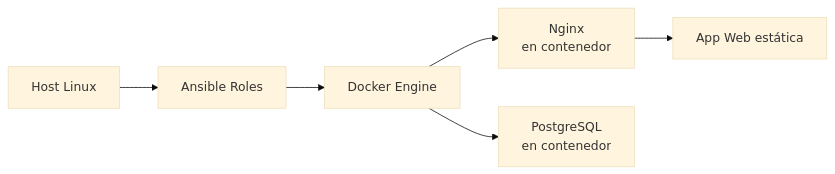
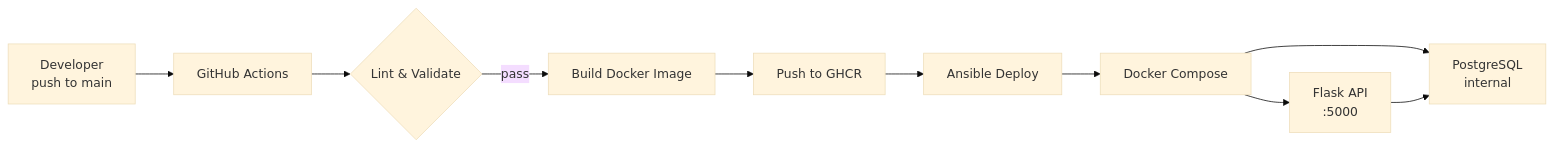
One commit to fraylope/DevOps-Lab changed the diagram in README.md. Above: the diagram before and after it, drawn with Mermaid (base theme). The commit also changed other lines of this file, not shown here.

First line of the commit message:
docs: rewrite README with updated architecture

````diff
--- a/README.md
+++ b/README.md
@@ -17,8 +22,12 @@
 ```mermaid
 flowchart LR
-    A[Host Linux] --> B[Ansible Roles]
-    B --> C[Docker Engine]
-    C --> D[Nginx\nen contenedor]
-    C --> E[PostgreSQL\nen contenedor]
-    D --> F[App Web estática]
+    A[Developer\npush to main] --> B[GitHub Actions]
+    B --> C{Lint & Validate}
+    C -->|pass| D[Build Docker Image]
+    D --> E[Push to GHCR]
+    E --> F[Ansible Deploy]
+    F --> G[Docker Compose]
+    G --> H[Flask API\n:5000]
+    G --> I[PostgreSQL\ninternal]
+    H --> I
 ```
````
